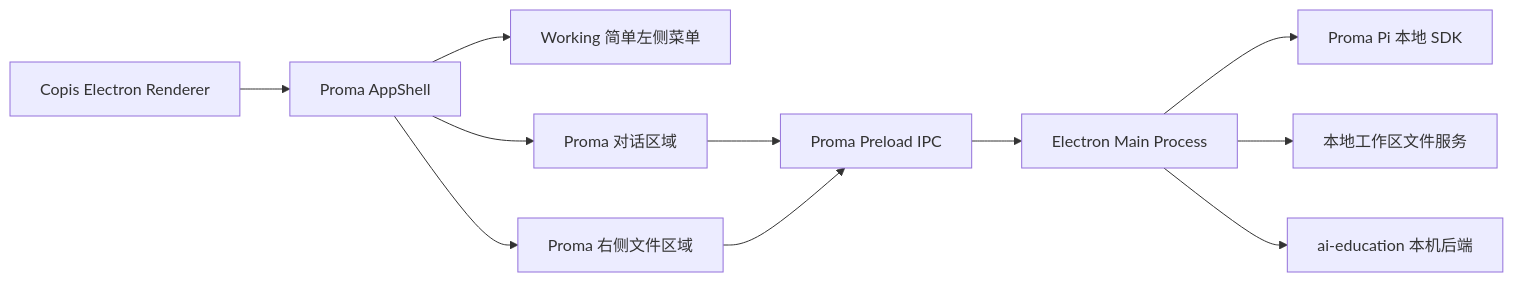
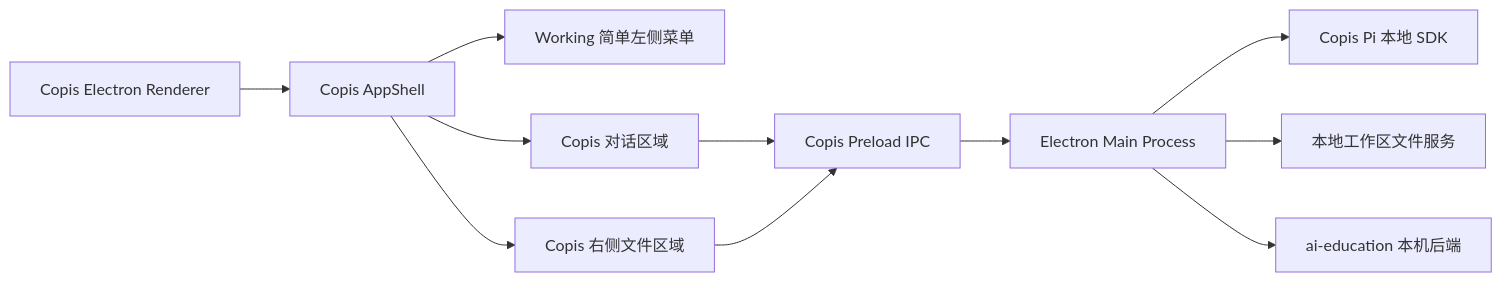
The diagram in COPIS-客户端方案.md (zalsay/copis), drawn with Mermaid before and after one commit. The commit also changed other lines of this file and 489 other files, not shown here.

```diff
--- a/COPIS-客户端方案.md
+++ b/COPIS-客户端方案.md
@@ -37,13 +37,13 @@
 ~~~~mermaid
 flowchart LR
-  A["Copis Electron Renderer"] --> B["Proma AppShell"]
+  A["Copis Electron Renderer"] --> B["Copis AppShell"]
   B --> C["Working 简单左侧菜单"]
-  B --> D["Proma 对话区域"]
-  B --> E["Proma 右侧文件区域"]
-  D --> F["Proma Preload IPC"]
+  B --> D["Copis 对话区域"]
+  B --> E["Copis 右侧文件区域"]
+  D --> F["Copis Preload IPC"]
   E --> F
   F --> G["Electron Main Process"]
-  G --> H["Proma Pi 本地 SDK"]
+  G --> H["Copis Pi 本地 SDK"]
   G --> I["本地工作区文件服务"]
   G --> J["ai-education 本机后端"]
 ~~~~
```
